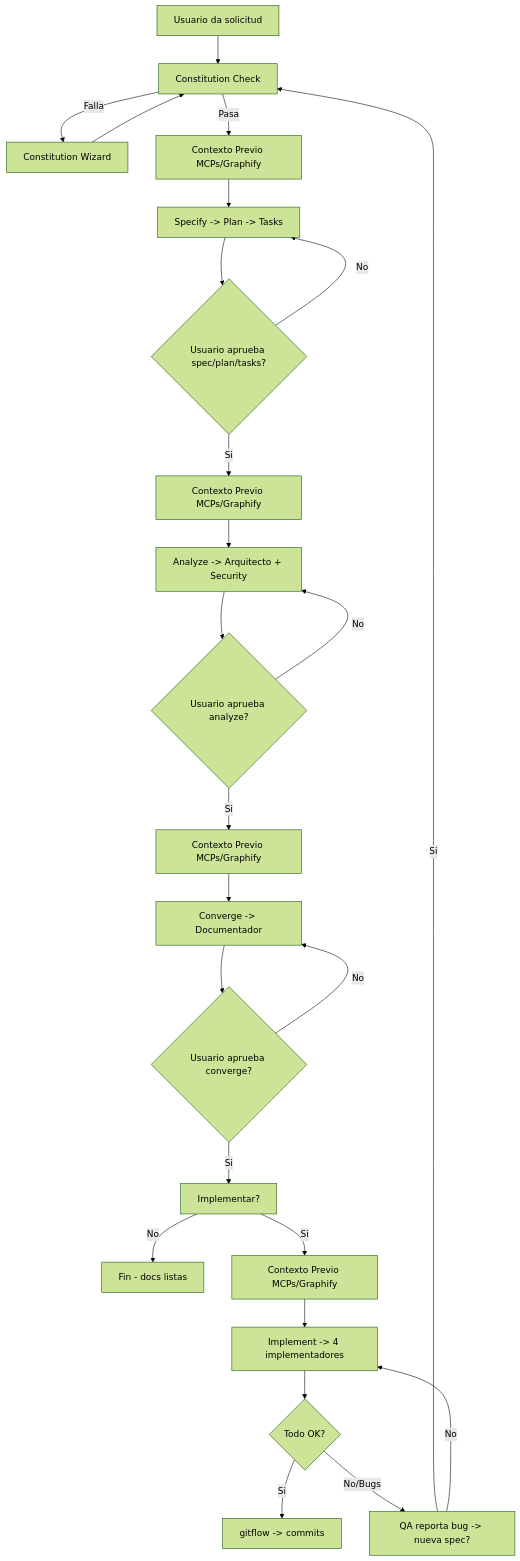
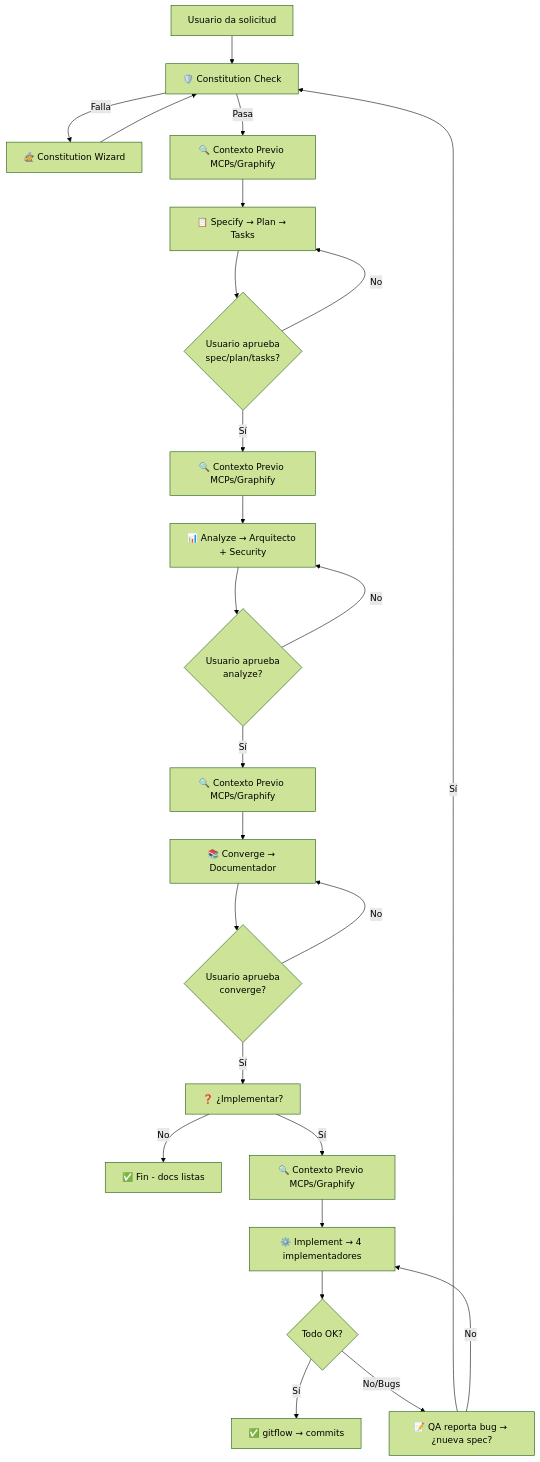
The diagram in .opencode/agents/pensador.md (BUSCADO-LA-VIDA/Agents_IA_TECH), drawn with Mermaid (forest theme) before and after one commit. The commit also changed other lines of this file and 34 other files, not shown here.

````diff
--- a/.opencode/agents/pensador.md
+++ b/.opencode/agents/pensador.md
@@ -324,27 +336,27 @@
 ```mermaid
 flowchart TD
-    A[Usuario da solicitud] --> B[Constitution Check]
-    B -->|Falla| C[Constitution Wizard]
+    A[Usuario da solicitud] --> B[🛡️ Constitution Check]
+    B -->|Falla| C[🧙 Constitution Wizard]
     C --> B
-    B -->|Pasa| D[Contexto Previo MCPs/Graphify]
-    D --> E[Specify -> Plan -> Tasks]
-    E --> F{Usuario aprueba spec/plan/tasks?}
+    B -->|Pasa| D[🔍 Contexto Previo MCPs/Graphify]
+    D --> E[📋 Specify → Plan → Tasks]
+    E --> F{Usuario aprueba<br/>spec/plan/tasks?}
     F -->|No| E
-    F -->|Si| G[Contexto Previo MCPs/Graphify]
-    G --> H[Analyze -> Arquitecto + Security]
-    H --> I{Usuario aprueba analyze?}
+    F -->|Sí| G[🔍 Contexto Previo MCPs/Graphify]
+    G --> H[📊 Analyze → Arquitecto + Security]
+    H --> I{Usuario aprueba<br/>analyze?}
     I -->|No| H
-    I -->|Si| J[Contexto Previo MCPs/Graphify]
-    J --> K[Converge -> Documentador]
-    K --> L{Usuario aprueba converge?}
+    I -->|Sí| J[🔍 Contexto Previo MCPs/Graphify]
+    J --> K[📚 Converge → Documentador]
+    K --> L{Usuario aprueba<br/>converge?}
     L -->|No| K
-    L -->|Si| M[Implementar?]
-    M -->|No| N[Fin - docs listas]
-    M -->|Si| O[Contexto Previo MCPs/Graphify]
-    O --> P[Implement -> 4 implementadores]
+    L -->|Sí| M[❓ ¿Implementar?]
+    M -->|No| N[✅ Fin - docs listas]
+    M -->|Sí| O[🔍 Contexto Previo MCPs/Graphify]
+    O --> P[⚙️ Implement → 4 implementadores]
     P --> Q{Todo OK?}
-    Q -->|Si| R[gitflow -> commits]
-    Q -->|No/Bugs| S[QA reporta bug -> nueva spec?]
-    S -->|Si| B
+    Q -->|Sí| R[✅ gitflow → commits]
+    Q -->|No/Bugs| S[📝 QA reporta bug → ¿nueva spec?]
+    S -->|Sí| B
     S -->|No| P
 ```
````
